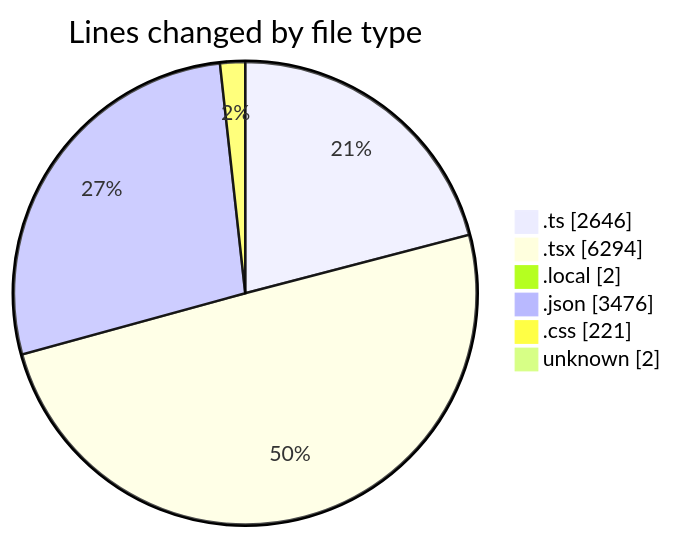
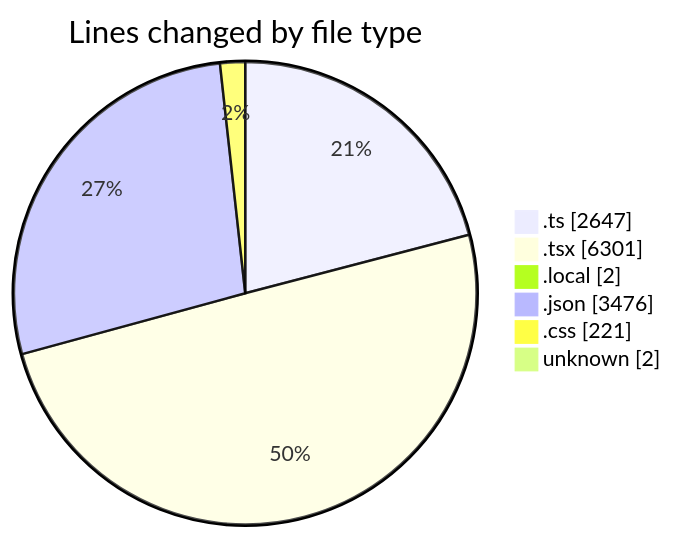
The first of 2 diagrams in 2025-10-28/eventscop-frontend-guide__workspace_/README.md (julien-gomy/code-tracking), drawn with Mermaid before and after one commit. The commit also changed other lines of this file and 1 other file, not shown here.

````diff
--- a/2025-10-28/eventscop-frontend-guide__workspace_/README.md
+++ b/2025-10-28/eventscop-frontend-guide__workspace_/README.md
@@ -66,10 +66,10 @@
 ```mermaid
 pie showData
 title Lines changed by file type
-".ts" : 2646
-".tsx" : 6294
+".ts" : 2647
+".tsx" : 6301
 ".local" : 2
 ".json" : 3476
 ".css" : 221
 "unknown" : 2
 ```
````
